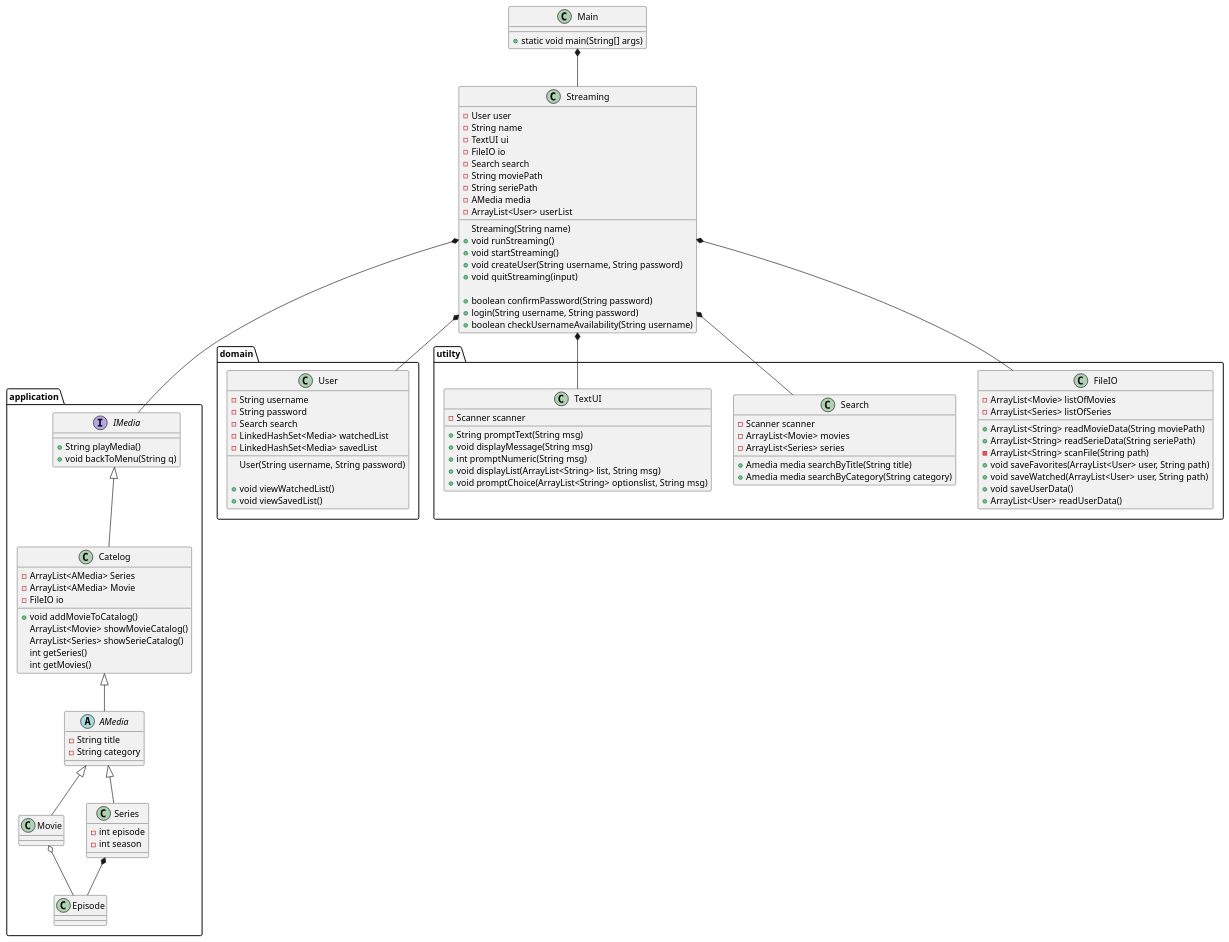
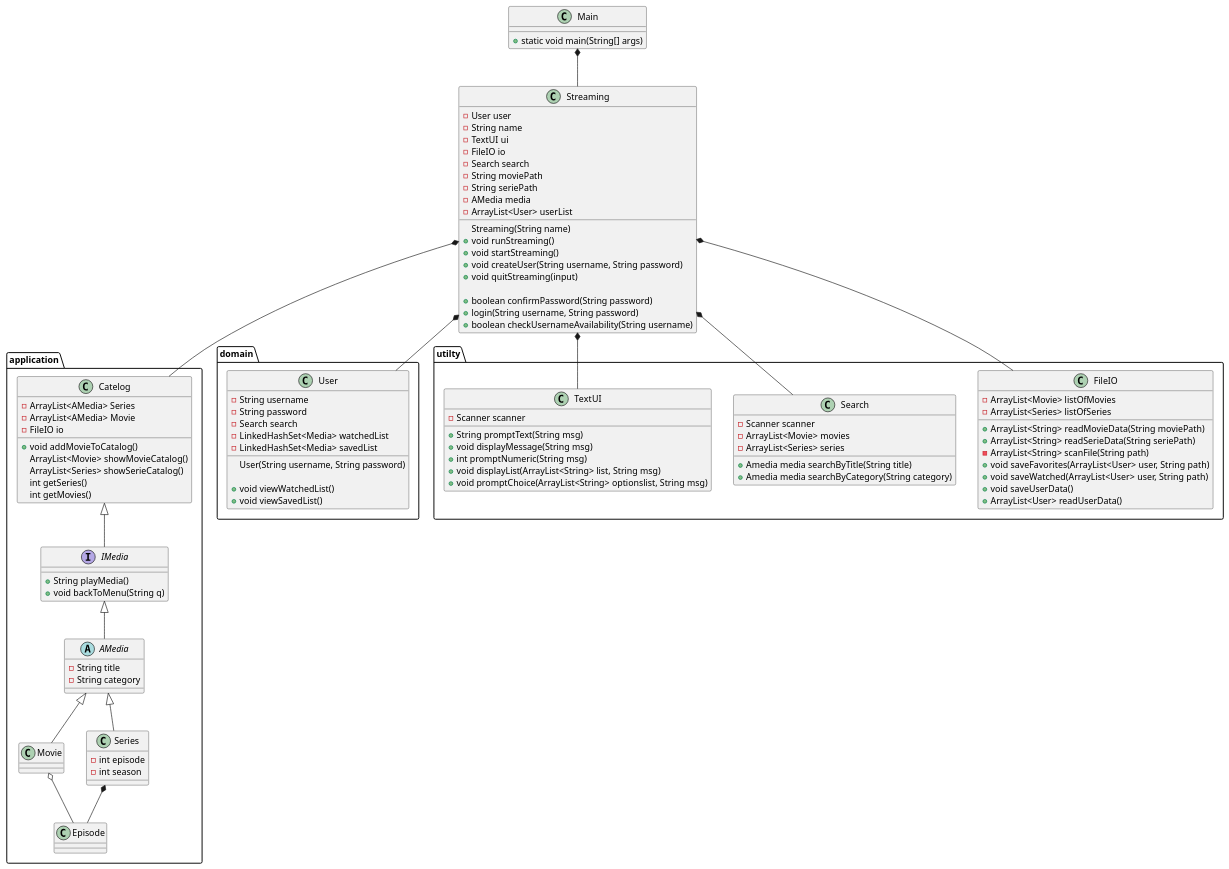
The diagram in Doc/Static/ClassDiagramv2.puml (mrPrimeBeef/Sem1-Project-MovieStream), drawn with PlantUML before and after one commit.

Commit message:
-Updateret klassediagram

```diff
--- a/Doc/Static/ClassDiagramv2.puml
+++ b/Doc/Static/ClassDiagramv2.puml
@@ -1,137 +1,137 @@
 @startuml
 
 class Main {
 + static void main(String[] args)
 }
 package application{
 interface IMedia {
 + String playMedia()
 + void backToMenu(String q)
 '+ pauseMedia()
 }
 
 abstract AMedia {
 - String title
 - String category
 
 }
 
 class Movie {
 
 }
 
 class Catelog{
 - ArrayList<AMedia> Series
 - ArrayList<AMedia> Movie
 - FileIO io
 
 + void addMovieToCatalog()
 ArrayList<Movie> showMovieCatalog()
 ArrayList<Series> showSerieCatalog()
 int getSeries()
 int getMovies()
 }
 
 
 class Series {
 - int episode
 - int season
 }
 class Episode{
 
 }
 }
 
 package domain{
 class User {
 - String username
 - String password
 - Search search
 - LinkedHashSet<Media> watchedList
 - LinkedHashSet<Media> savedList
 
 User(String username, String password)
 
 + void viewWatchedList()
 + void viewSavedList()
 }
 }
 
 class Streaming {
 - User user
 - String name
 - TextUI ui
 - FileIO io
 - Search search
 - String moviePath
 - String seriePath
 - AMedia media
 - ArrayList<User> userList
 Streaming(String name)
 + void runStreaming()
 + void startStreaming()
 + void createUser(String username, String password)
 + void quitStreaming(input)
 
 + boolean confirmPassword(String password)
 + login(String username, String password)
 + boolean checkUsernameAvailability(String username)
 }
 
 
 package utilty{
 class FileIO {
 - ArrayList<Movie> listOfMovies
 - ArrayList<Series> listOfSeries
 + ArrayList<String> readMovieData(String moviePath)
 + ArrayList<String> readSerieData(String seriePath)
 - ArrayList<String> scanFile(String path)
 + void saveFavorites(ArrayList<User> user, String path)
 + void saveWatched(ArrayList<User> user, String path)
 + void saveUserData()
 + ArrayList<User> readUserData()
 }
 
 class Search {
 - Scanner scanner
 - ArrayList<Movie> movies
 - ArrayList<Series> series
 + Amedia media searchByTitle(String title)
 + Amedia media searchByCategory(String category)
 
 }
 class TextUI {
 - Scanner scanner
 + String promptText(String msg)
 + void displayMessage(String msg)
 + int promptNumeric(String msg)
 + void displayList(ArrayList<String> list, String msg)
 + void promptChoice(ArrayList<String> optionslist, String msg)
 }
 }
 
 
 Main *-- Streaming
-Streaming *-- IMedia
+Streaming *-- Catelog
 Streaming *-- User
 Streaming *-- Search
 Streaming *-- TextUI
-IMedia <|-- Catelog
-Catelog <|-- AMedia
+Catelog <|-- IMedia
+IMedia <|-- AMedia
 Streaming *-- FileIO
 AMedia <|-- Movie
 AMedia  <|-- Series
 Series *-- Episode
 Movie o-- Episode
 
 'https://devhints.io/plantuml
 'Car <|-- SmallCar      # extension
 'Car *-- Engine         # composition
 'Cars o-- Car           # aggregation
 'Car <|.. SmallCar      # dotted line (use .. instead of --)
 'Car <|--* Car
 
 '-left->
 '-right->
 
 @enduml
```
